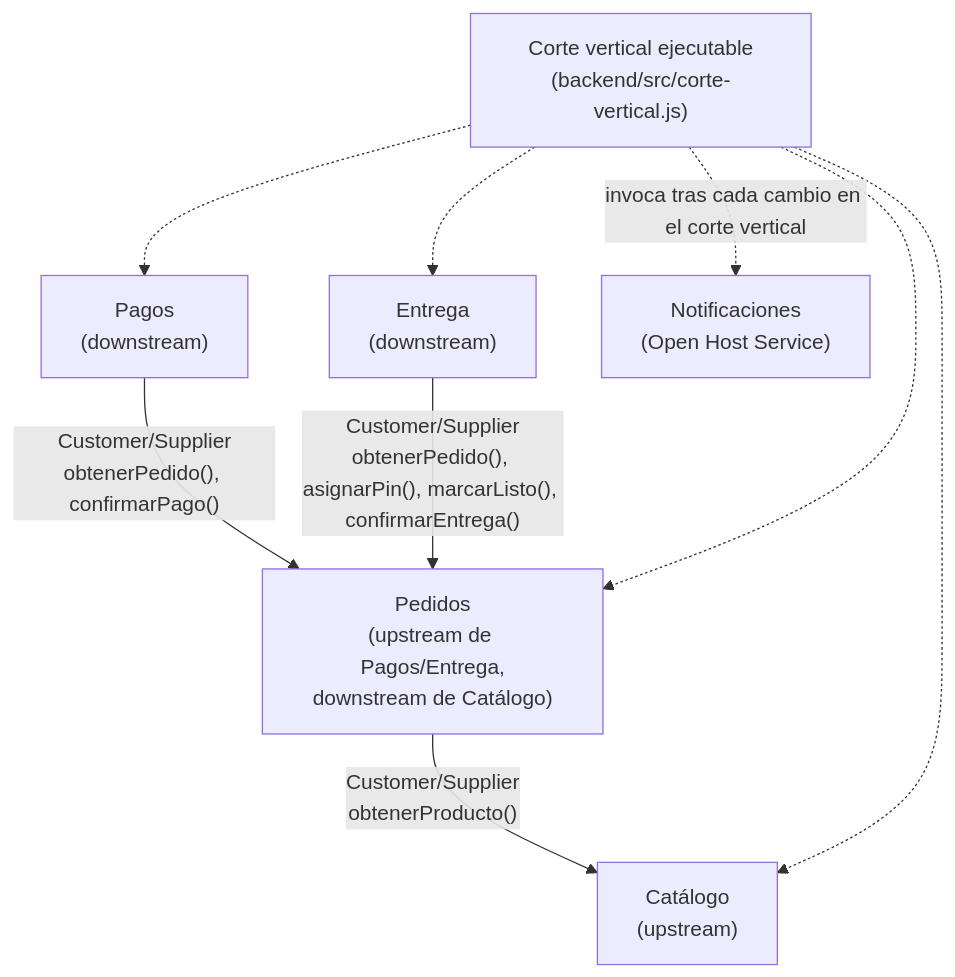
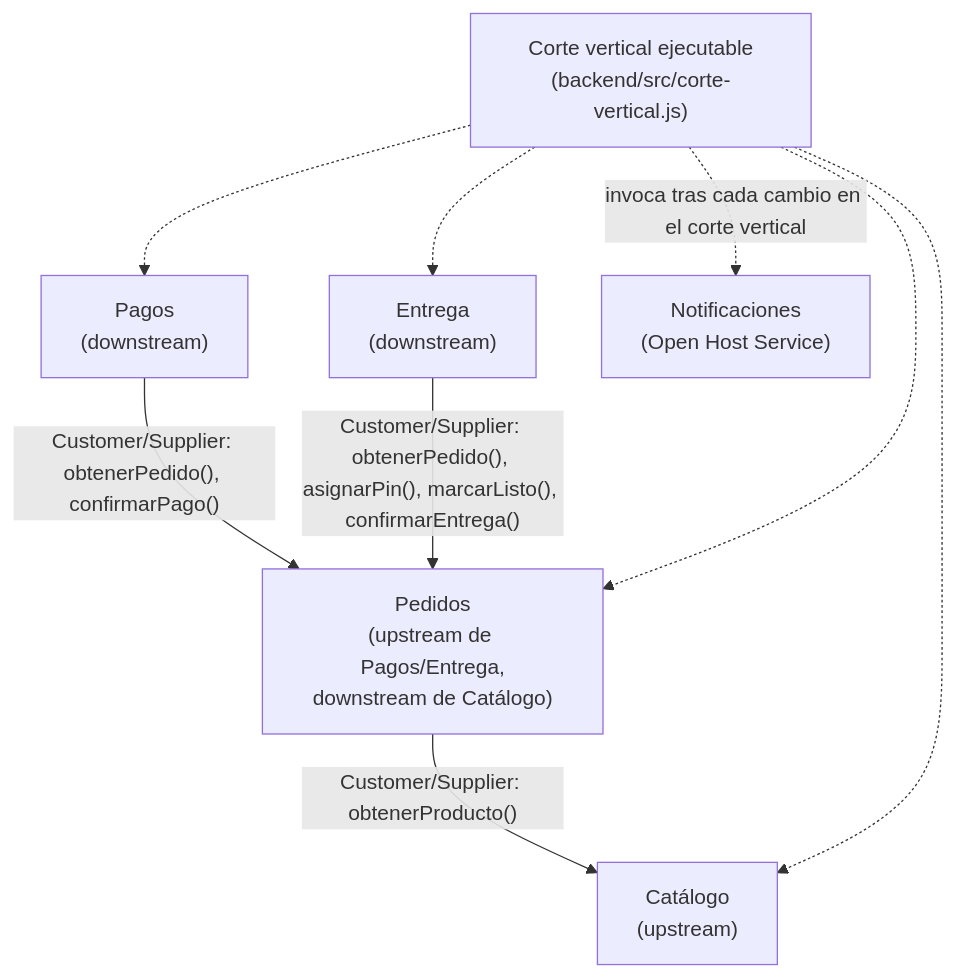
Before and after one commit to ISCOUTB/AS_202620_LaPlacita: the diagram in docs/dominio/mapa-de-contextos.md, drawn with Mermaid. The commit also changed 6 other files, not shown here.

````diff
--- a/docs/dominio/mapa-de-contextos.md
+++ b/docs/dominio/mapa-de-contextos.md
@@ -3,18 +3,18 @@
 ```mermaid
 graph TB
     Catalogo["Catálogo<br/>(upstream)"]
     Pedidos["Pedidos<br/>(upstream de Pagos/Entrega,<br/>downstream de Catálogo)"]
     Pagos["Pagos<br/>(downstream)"]
     Entrega["Entrega<br/>(downstream)"]
     Notificaciones["Notificaciones<br/>(Open Host Service)"]
     Orquestador["Corte vertical ejecutable<br/>(backend/src/corte-vertical.js)"]
 
-    Pedidos -->|"Customer/Supplier<br/>obtenerProducto()"| Catalogo
-    Pagos -->|"Customer/Supplier<br/>obtenerPedido(), confirmarPago()"| Pedidos
-    Entrega -->|"Customer/Supplier<br/>obtenerPedido(), asignarPin(), marcarListo(), confirmarEntrega()"| Pedidos
+    Pedidos -->|"Customer/Supplier: obtenerProducto()"| Catalogo
+    Pagos -->|"Customer/Supplier: obtenerPedido(), confirmarPago()"| Pedidos
+    Entrega -->|"Customer/Supplier: obtenerPedido(), asignarPin(), marcarListo(), confirmarEntrega()"| Pedidos
     Orquestador -.->|"invoca tras cada cambio en el corte vertical"| Notificaciones
     Orquestador -.-> Catalogo
     Orquestador -.-> Pedidos
     Orquestador -.-> Pagos
     Orquestador -.-> Entrega
 ```
````
